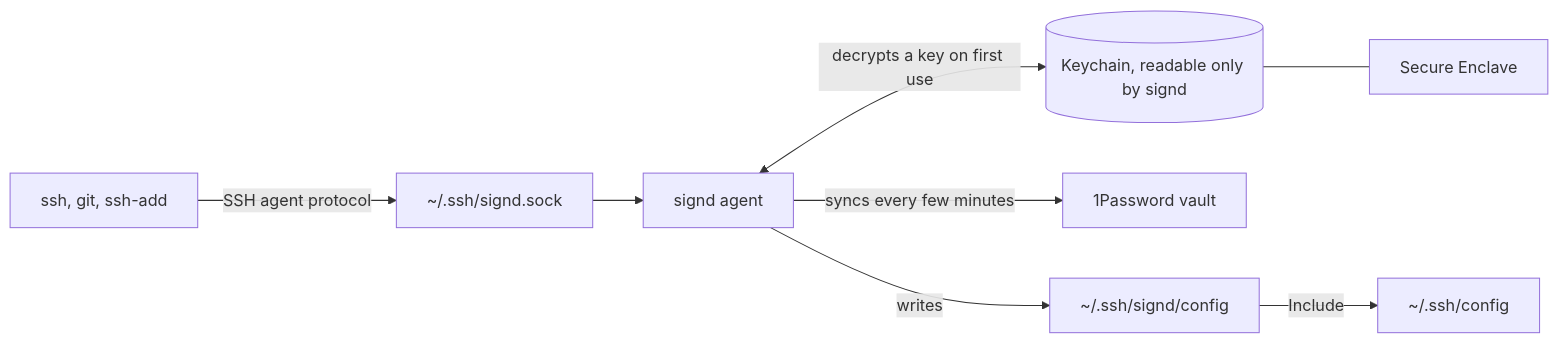
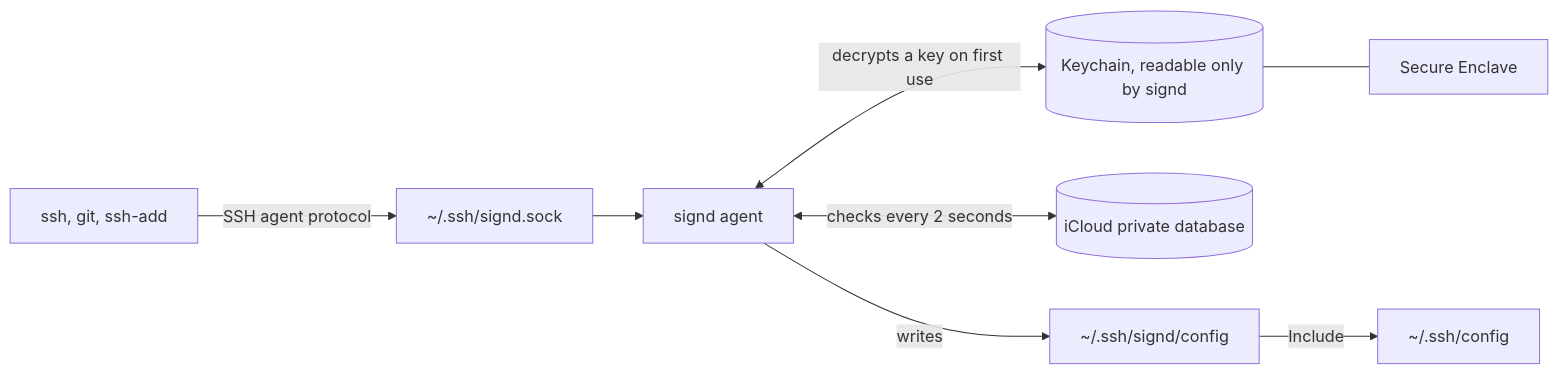
Before and after one commit to victor-software-house/keychain-agent: the first of 3 diagrams in README.md, drawn with Mermaid. The commit also changed other lines of this file and 34 other files, not shown here.

First line of the commit message:
feat: share keys between devices through iCloud in place of 1Password

````diff
--- a/README.md
+++ b/README.md
@@ -6,10 +6,10 @@
 ```mermaid
 flowchart LR
   clients["ssh, git, ssh-add"] -->|SSH agent protocol| sock["~/.ssh/signd.sock"]
   sock --> agent["signd agent"]
   agent <-->|decrypts a key on first use| store[("Keychain, readable only by signd")]
   store --- enclave["Secure Enclave"]
-  agent -->|syncs every few minutes| vault["1Password vault"]
+  agent <-->|checks every 2 seconds| icloud[("iCloud private database")]
   agent -->|writes| routes["~/.ssh/signd/config"]
   routes -->|Include| sshconfig["~/.ssh/config"]
 ```
````
